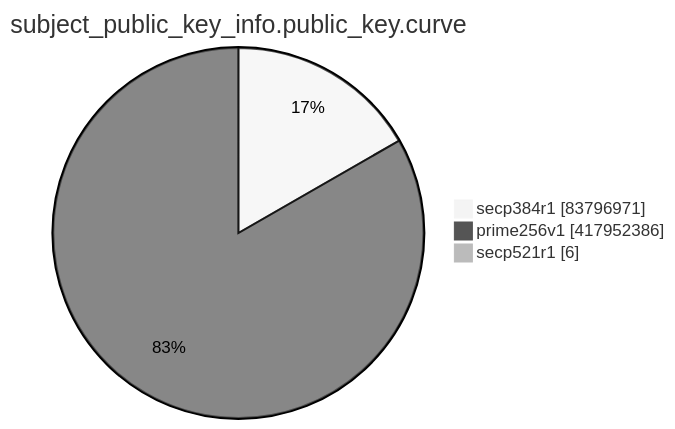
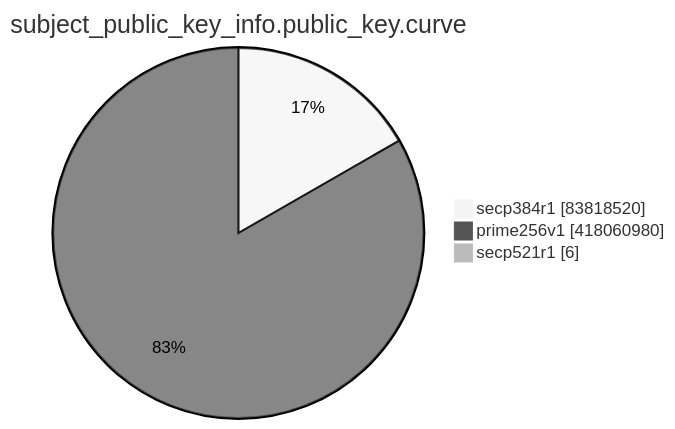
Before and after one commit to christiankrug/ctmonitor_visualization: the eighth of 15 diagrams in TOTAL/README.md, drawn with Mermaid (neutral theme). The commit also changed other lines of this file, not shown here.

````diff
--- a/TOTAL/README.md
+++ b/TOTAL/README.md
@@ -3098,7 +3098,7 @@
 ```mermaid
 pie showData
 title subject_public_key_info.public_key.curve
-"secp384r1" :83796971
-"prime256v1" :417952386
+"secp384r1" :83818520
+"prime256v1" :418060980
 "secp521r1" :6
 ```
````
